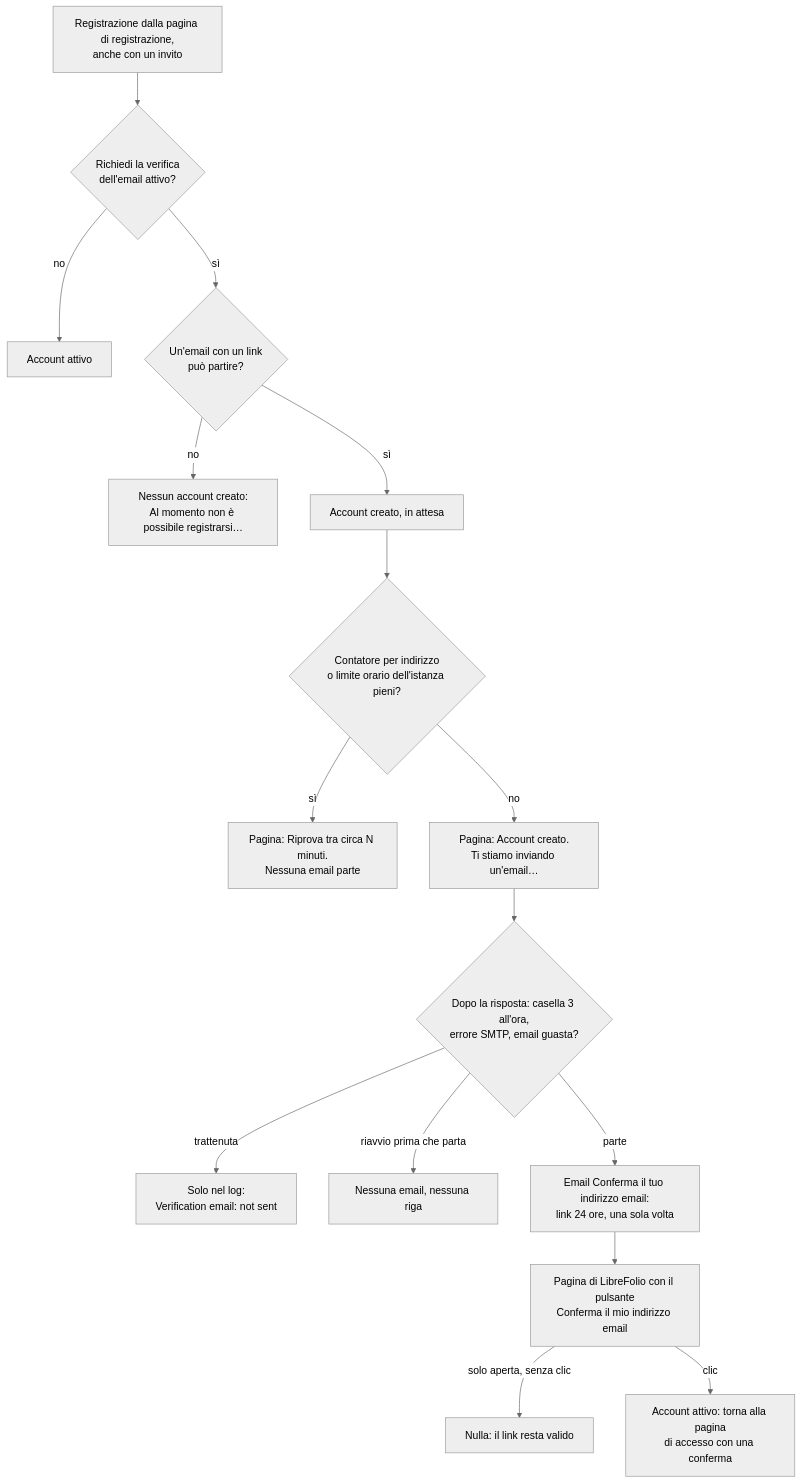
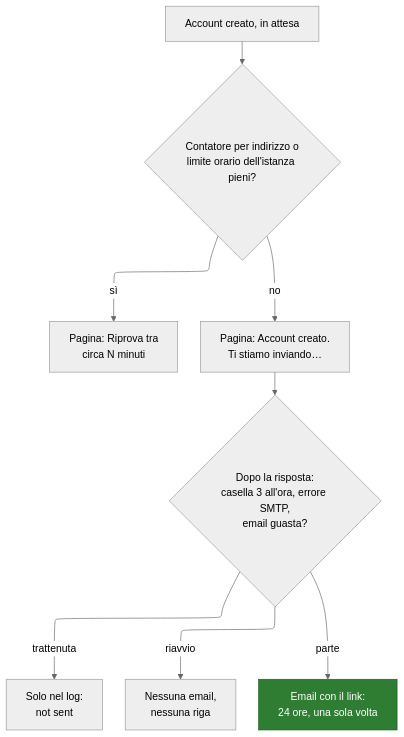
Before and after one commit to Librefolio/LibreFolio: the tenth of 18 diagrams in mkdocs_src/docs/admin/email_flows.it.md, drawn with Mermaid (neutral theme). The commit also changed other lines of this file, not shown here.

Commit message:
docs(admin): email flows diagrams small and separate, ELK where it reads better (it)

````diff
--- a/mkdocs_src/docs/admin/email_flows.it.md
+++ b/mkdocs_src/docs/admin/email_flows.it.md
@@ -313,18 +380,16 @@
 ```mermaid
+---
+config:
+  layout: elk
+---
 flowchart TD
-    REG["Registrazione dalla pagina di registrazione,<br>anche con un invito"] --> SW{"Richiedi la verifica<br>dell'email attivo?"}
-    SW -->|"no"| ACTIVE["Account attivo"]
-    SW -->|"sì"| CAN{"Un'email con un link<br>può partire?"}
-    CAN -->|"no"| NOREG["Nessun account creato:<br>Al momento non è possibile registrarsi…"]
-    CAN -->|"sì"| CREATE["Account creato, in attesa"]
-    CREATE --> LIM{"Contatore per indirizzo<br>o limite orario dell'istanza pieni?"}
-    LIM -->|"sì"| HELD["Pagina: Riprova tra circa N minuti.<br>Nessuna email parte"]
-    LIM -->|"no"| TEXT["Pagina: Account creato.<br>Ti stiamo inviando un'email…"]
-    TEXT --> BOX{"Dopo la risposta: casella 3 all'ora,<br>errore SMTP, email guasta?"}
-    BOX -->|"trattenuta"| LOG["Solo nel log:<br>Verification email: not sent"]
-    BOX -->|"riavvio prima che parta"| NOLINE["Nessuna email, nessuna riga"]
-    BOX -->|"parte"| MAIL["Email Conferma il tuo indirizzo email:<br>link 24 ore, una sola volta"]
-    MAIL --> OPEN["Pagina di LibreFolio con il pulsante<br>Conferma il mio indirizzo email"]
-    OPEN -->|"solo aperta, senza clic"| NOTHING["Nulla: il link resta valido"]
-    OPEN -->|"clic"| DONE["Account attivo: torna alla pagina<br>di accesso con una conferma"]
+    CREATE["Account creato, in attesa"] --> LIM{"Contatore per indirizzo o<br>limite orario dell'istanza pieni?"}
+    LIM -->|"sì"| HELD["Pagina: Riprova tra<br>circa N minuti"]
+    LIM -->|"no"| TEXT["Pagina: Account creato.<br>Ti stiamo inviando…"]
+    TEXT --> BOX{"Dopo la risposta:<br>casella 3 all'ora, errore SMTP,<br>email guasta?"}
+    BOX -->|"trattenuta"| LOG["Solo nel log:<br>not sent"]
+    BOX -->|"riavvio"| NOLINE["Nessuna email,<br>nessuna riga"]
+    BOX -->|"parte"| MAIL["Email con il link:<br>24 ore, una sola volta"]
+    classDef ok fill:#2e7d32,stroke:#1b5e20,color:#ffffff
+    class MAIL ok
 ```
````
